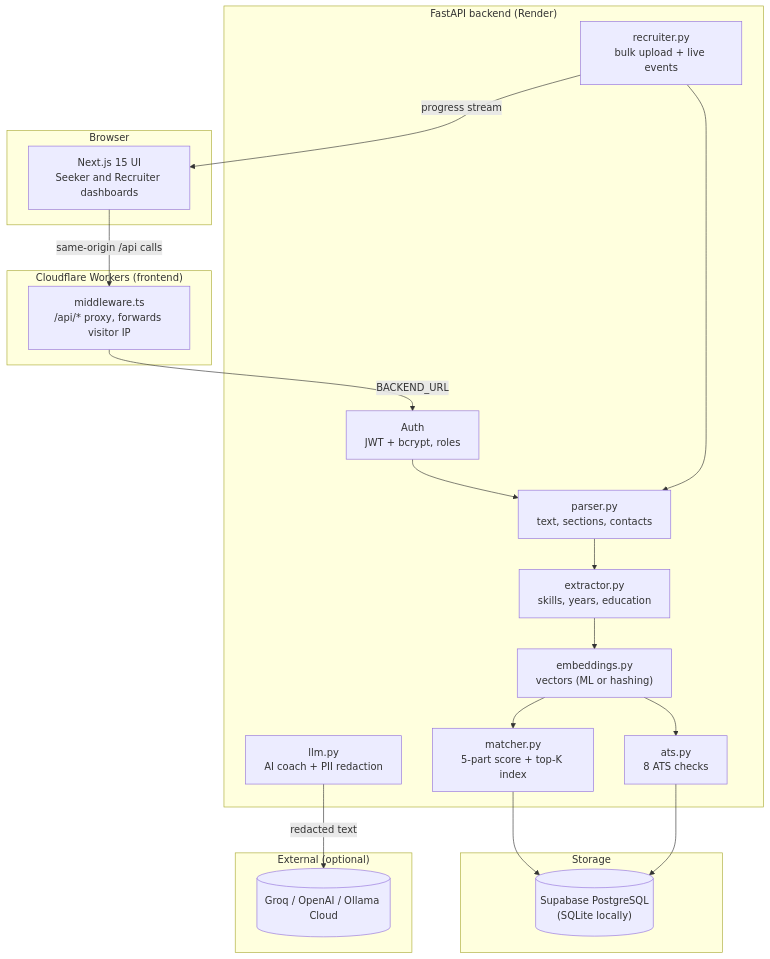
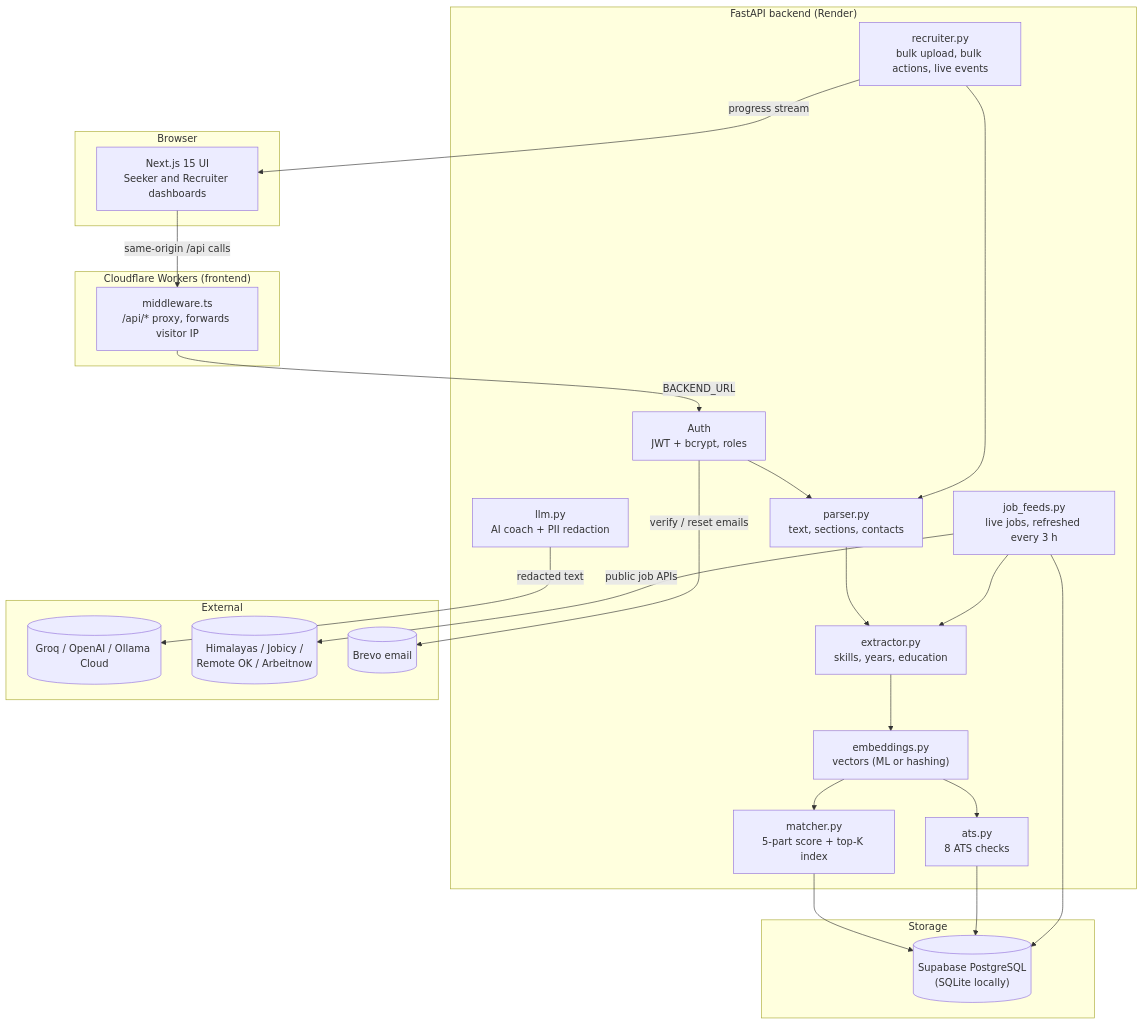
Before and after one commit to mdharishsuhaib/CVerity: the diagram in README.md, drawn with Mermaid. The commit also changed other lines of this file and 34 other files, not shown here.

````diff
--- a/README.md
+++ b/README.md
@@ -106,39 +130,46 @@
 ```mermaid
 flowchart TD
     subgraph Client["Browser"]
         UI["Next.js 15 UI<br/>Seeker and Recruiter dashboards"]
     end
 
     subgraph Edge["Cloudflare Workers (frontend)"]
         Proxy["middleware.ts<br/>/api/* proxy, forwards visitor IP"]
     end
 
     subgraph Backend["FastAPI backend (Render)"]
         Auth["Auth<br/>JWT + bcrypt, roles"]
         Parser["parser.py<br/>text, sections, contacts"]
         Extractor["extractor.py<br/>skills, years, education"]
         Embed["embeddings.py<br/>vectors (ML or hashing)"]
         ATS["ats.py<br/>8 ATS checks"]
         Matcher["matcher.py<br/>5-part score + top-K index"]
         Coach["llm.py<br/>AI coach + PII redaction"]
-        SSE["recruiter.py<br/>bulk upload + live events"]
+        SSE["recruiter.py<br/>bulk upload, bulk actions, live events"]
+        Feeds["job_feeds.py<br/>live jobs, refreshed every 3 h"]
     end
 
     subgraph Data["Storage"]
         DB[("Supabase PostgreSQL<br/>(SQLite locally)")]
     end
 
-    subgraph External["External (optional)"]
+    subgraph External["External"]
         LLM[("Groq / OpenAI / Ollama Cloud")]
+        Boards[("Himalayas / Jobicy /<br/>Remote OK / Arbeitnow")]
+        Brevo[("Brevo email")]
     end
 
     UI -- "same-origin /api calls" --> Proxy
     Proxy -- "BACKEND_URL" --> Auth
     Auth --> Parser --> Extractor --> Embed --> ATS
     Embed --> Matcher
     SSE --> Parser
     Matcher --> DB
     ATS --> DB
+    Feeds -- "public job APIs" --> Boards
+    Feeds --> Extractor
+    Feeds --> DB
+    Auth -- "verify / reset emails" --> Brevo
     Coach -- "redacted text" --> LLM
     SSE -- "progress stream" --> UI
 ```
````
